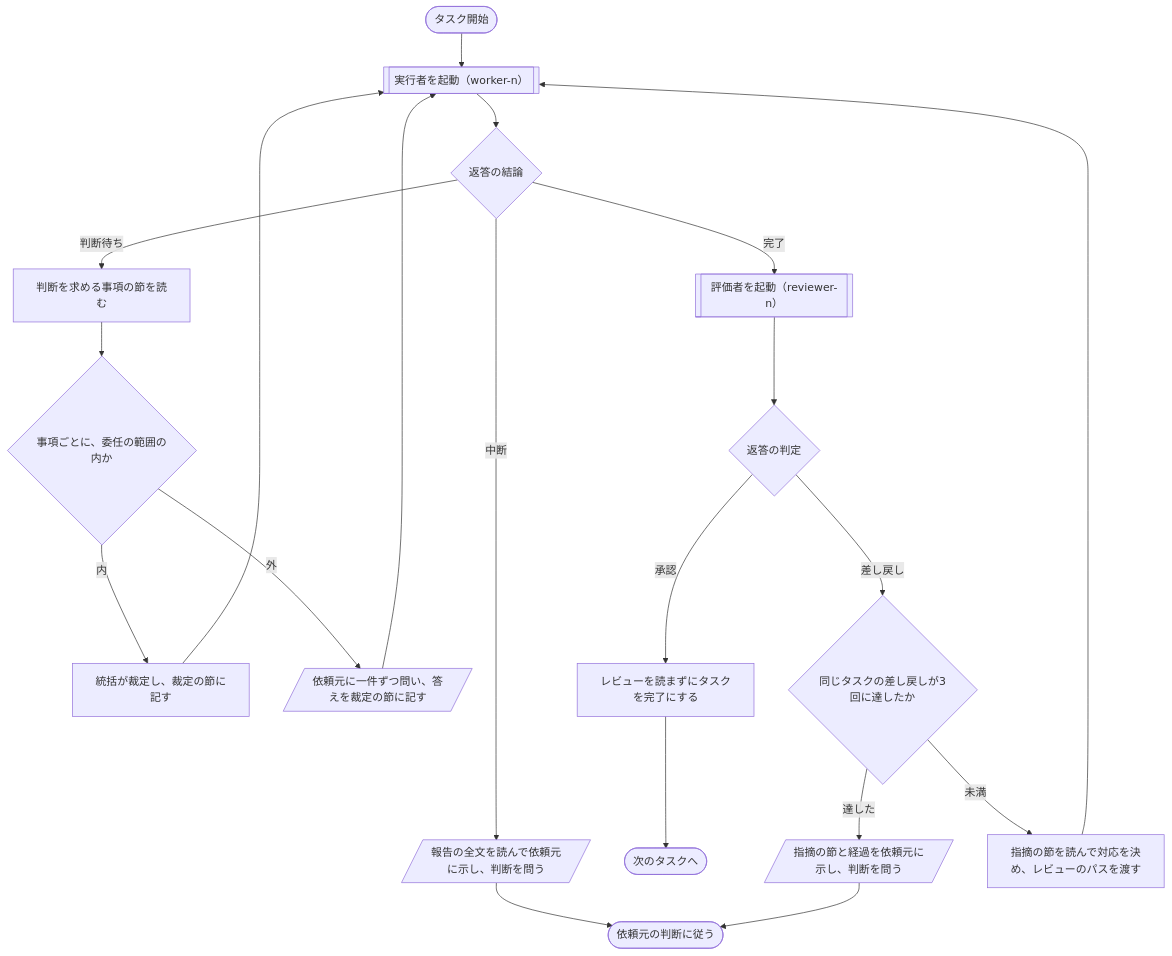
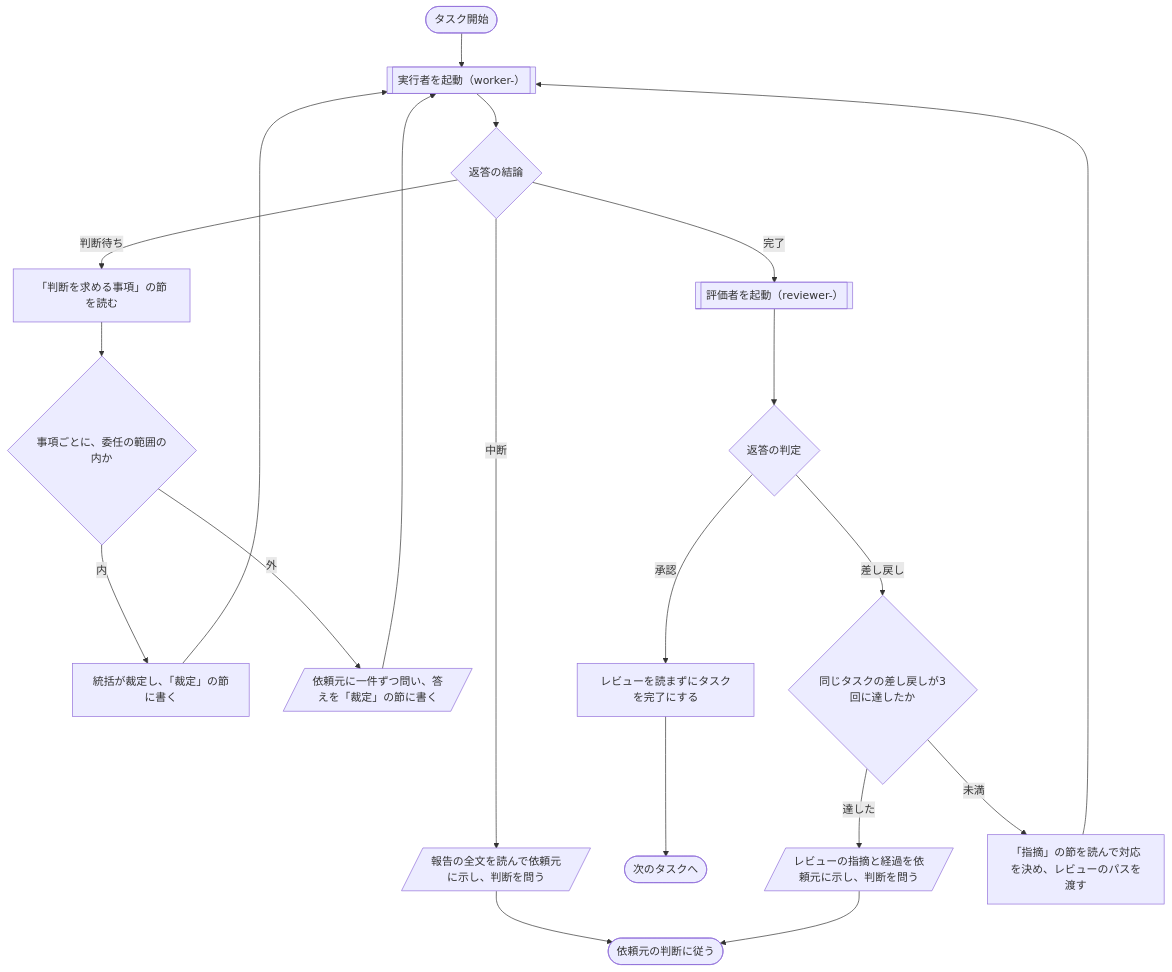
The second of 2 diagrams in docs/design/skills/execute.md (bizhermit/hermit-works), drawn with Mermaid before and after one commit. The commit also changed other lines of this file and 12 other files, not shown here.

First line of the commit message:
評価者の提案を反映し、設計書の図を含めて語と節の名前の書き方を揃える

````diff
--- a/docs/design/skills/execute.md
+++ b/docs/design/skills/execute.md
@@ -60,22 +60,22 @@
 ```mermaid
 flowchart TD
-    S([タスク開始]) --> W1[["実行者を起動（worker-n）"]]
+    S([タスク開始]) --> W1[["実行者を起動（worker-<n>）"]]
     W1 --> W2{"返答の結論"}
-    W2 -- 判断待ち --> W3["判断を求める事項の節を読む"]
+    W2 -- 判断待ち --> W3["「判断を求める事項」の節を読む"]
     W3 --> W6{"事項ごとに、委任の範囲の内か"}
-    W6 -- 内 --> W7["統括が裁定し、裁定の節に記す"]
-    W6 -- 外 --> W8[/"依頼元に一件ずつ問い、答えを裁定の節に記す"/]
+    W6 -- 内 --> W7["統括が裁定し、「裁定」の節に書く"]
+    W6 -- 外 --> W8[/"依頼元に一件ずつ問い、答えを「裁定」の節に書く"/]
     W7 --> W1
     W8 --> W1
     W2 -- 中断 --> W4[/"報告の全文を読んで依頼元に示し、判断を問う"/]
     W4 --> U(["依頼元の判断に従う"])
-    W2 -- 完了 --> R1[["評価者を起動（reviewer-n）"]]
+    W2 -- 完了 --> R1[["評価者を起動（reviewer-<n>）"]]
     R1 --> R2{"返答の判定"}
     R2 -- 承認 --> R3["レビューを読まずにタスクを完了にする"]
     R3 --> T([次のタスクへ])
     R2 -- 差し戻し --> R4{"同じタスクの差し戻しが3回に達したか"}
-    R4 -- 達した --> R5[/"指摘の節と経過を依頼元に示し、判断を問う"/]
+    R4 -- 達した --> R5[/"レビューの指摘と経過を依頼元に示し、判断を問う"/]
     R5 --> U
-    R4 -- 未満 --> W5["指摘の節を読んで対応を決め、レビューのパスを渡す"]
+    R4 -- 未満 --> W5["「指摘」の節を読んで対応を決め、レビューのパスを渡す"]
     W5 --> W1
 ```
````
